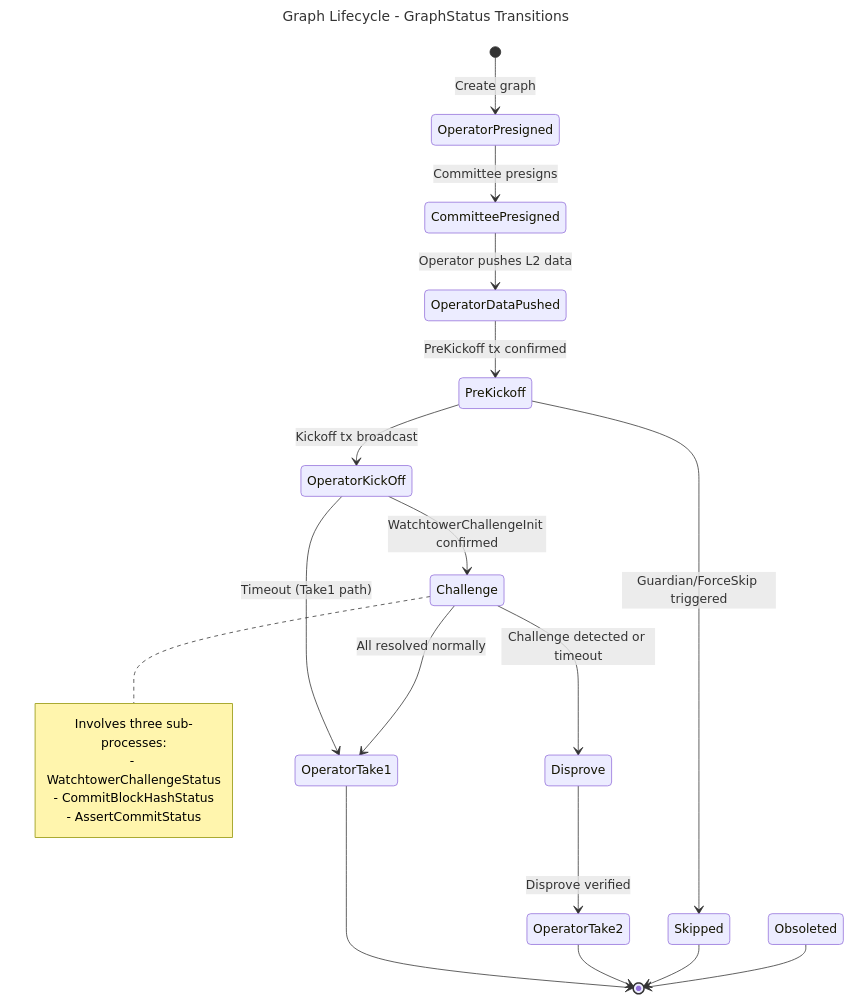
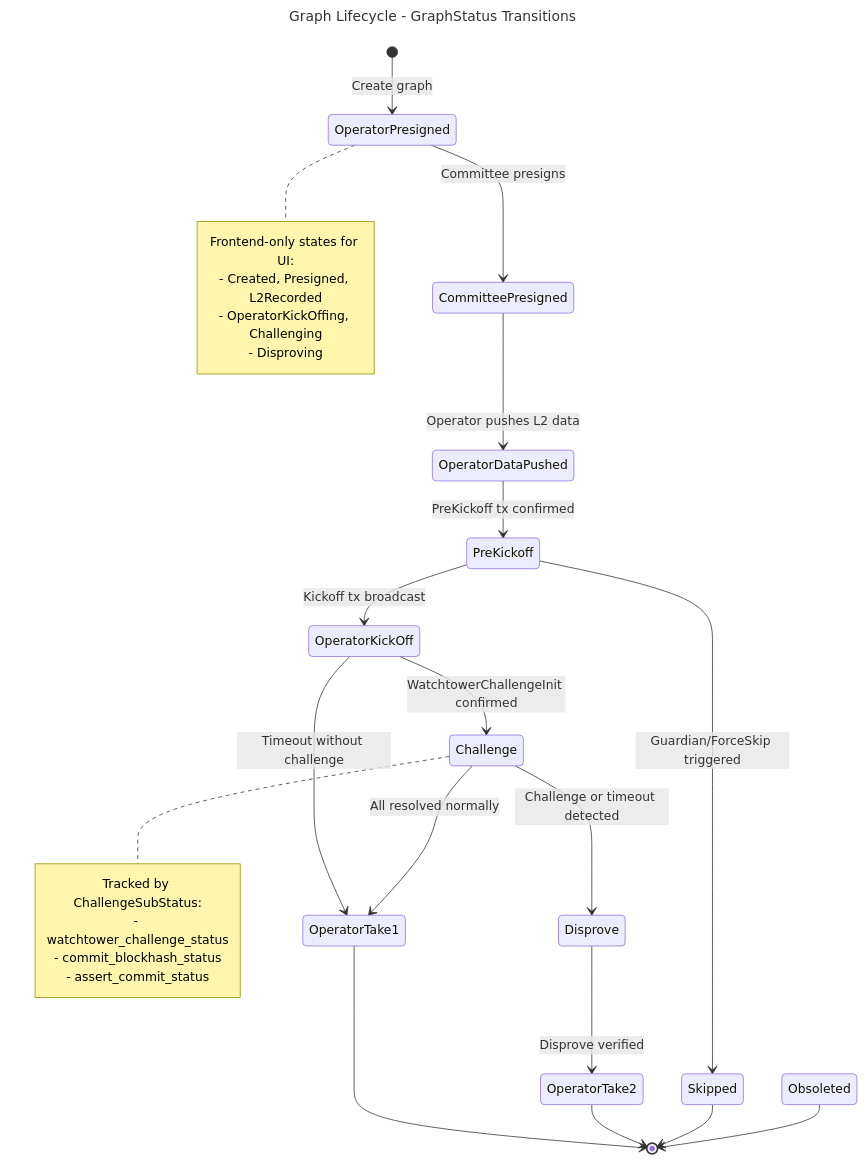
Before and after one commit to GOATNetwork/bitvm2-node: the first of 5 diagrams in node/README.md, drawn with Mermaid. The commit also changed other lines of this file and 1 other file, not shown here.

````diff
--- a/node/README.md
+++ b/node/README.md
@@ -15,34 +17,41 @@
 ```mermaid
 ---
 title: Graph Lifecycle - GraphStatus Transitions
 ---
 stateDiagram-v2
     [*] --> OperatorPresigned: Create graph
     
     OperatorPresigned --> CommitteePresigned: Committee presigns
     CommitteePresigned --> OperatorDataPushed: Operator pushes L2 data
     OperatorDataPushed --> PreKickoff: PreKickoff tx confirmed
     
     PreKickoff --> OperatorKickOff: Kickoff tx broadcast
     PreKickoff --> Skipped: Guardian/ForceSkip triggered
     
     OperatorKickOff --> Challenge: WatchtowerChallengeInit confirmed
-    OperatorKickOff --> OperatorTake1: Timeout (Take1 path)
+    OperatorKickOff --> OperatorTake1: Timeout without challenge
     
-    Challenge --> Disprove: Challenge detected or timeout
+    Challenge --> Disprove: Challenge or timeout detected
     Challenge --> OperatorTake1: All resolved normally
     
     Disprove --> OperatorTake2: Disprove verified
     
     OperatorTake1 --> [*]
     OperatorTake2 --> [*]
     Skipped --> [*]
     Obsoleted --> [*]
     
     note right of Challenge
-        Involves three sub-processes:
-        - WatchtowerChallengeStatus
-        - CommitBlockHashStatus
-        - AssertCommitStatus
+        Tracked by ChallengeSubStatus:
+        - watchtower_challenge_status
+        - commit_blockhash_status
+        - assert_commit_status
+    end note
+    
+    note right of OperatorPresigned
+        Frontend-only states for UI:
+        - Created, Presigned, L2Recorded
+        - OperatorKickOffing, Challenging
+        - Disproving
     end note
 ```
````
